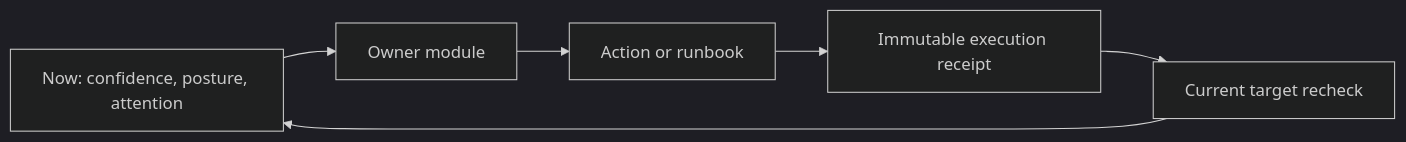
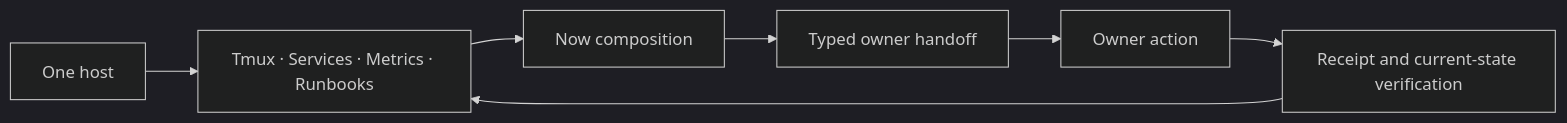
One commit to opus-domini/sentinel changed the diagram in docs/guide/architecture.md. Above: the diagram before and after it, drawn with Mermaid. The commit also changed other lines of this file and 10 other files, not shown here.

````diff
--- a/docs/guide/architecture.md
+++ b/docs/guide/architecture.md
@@ -62,12 +38,13 @@
 ```mermaid
 ---
 config:
   theme: dark
 ---
 flowchart LR
-  Now[Now: confidence, posture, attention] --> Owner[Owner module]
-  Owner --> Action[Action or runbook]
-  Action --> Receipt[Immutable execution receipt]
-  Receipt --> Recheck[Current target recheck]
-  Recheck --> Now
+  Host[One host] --> Owners[Tmux · Services · Metrics · Runbooks]
+  Owners --> Now[Now composition]
+  Now --> Handoff[Typed owner handoff]
+  Handoff --> Action[Owner action]
+  Action --> Verify[Receipt and current-state verification]
+  Verify --> Owners
 ```
````
